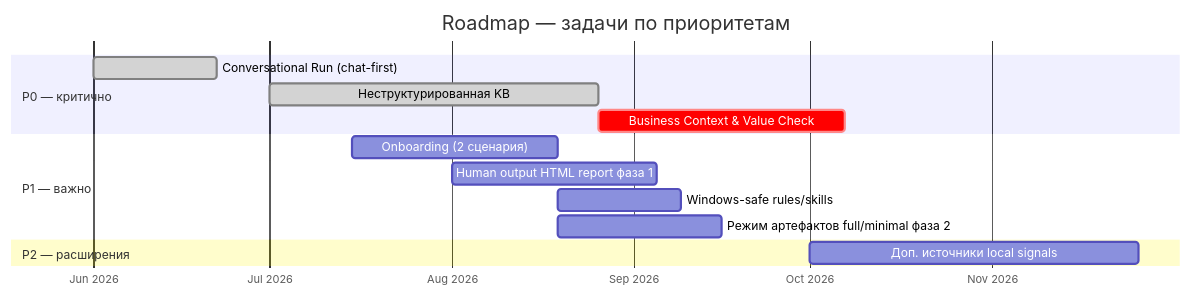
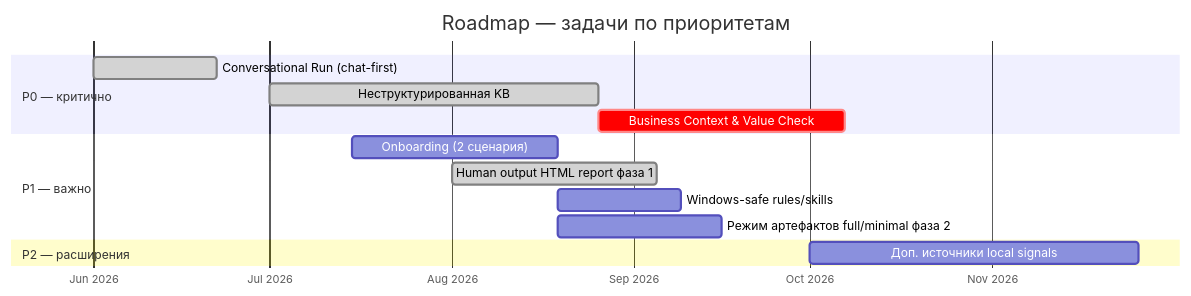
The diagram in roadmap/README.md (SergeyNash/hypothesis-stress-test), drawn with Mermaid before and after one commit. The commit also changed other lines of this file and 24 other files, not shown here.

First line of the commit message:
Add Human Decision Report MVP after Decision Review.

````diff
--- a/roadmap/README.md
+++ b/roadmap/README.md
@@ -10,21 +10,21 @@
 ```mermaid
 gantt
     title Roadmap — задачи по приоритетам
     dateFormat YYYY-MM-DD
     axisFormat %b %Y
     todayMarker on
 
     section P0 — критично
     Conversational Run (chat-first)           :done, p0conv, 2026-06-01, 3w
     Неструктурированная KB                  :done, p0kb, 2026-07-01, 8w
     Business Context & Value Check            :crit, p0biz, after p0kb, 6w
 
     section P1 — важно
     Onboarding (2 сценария)                   :p1on, 2026-07-15, 5w
-    Human output HTML report фаза 1             :p1html, 2026-08-01, 5w
+    Human output HTML report фаза 1             :done, p1html, 2026-08-01, 5w
     Windows-safe rules/skills                 :p1win, after p1on, 3w
     Режим артефактов full/minimal фаза 2      :p1modes, after p1on, 4w
 
     section P2 — расширения
     Доп. источники local signals              :p2sig, 2026-10-01, 8w
 ```
````
